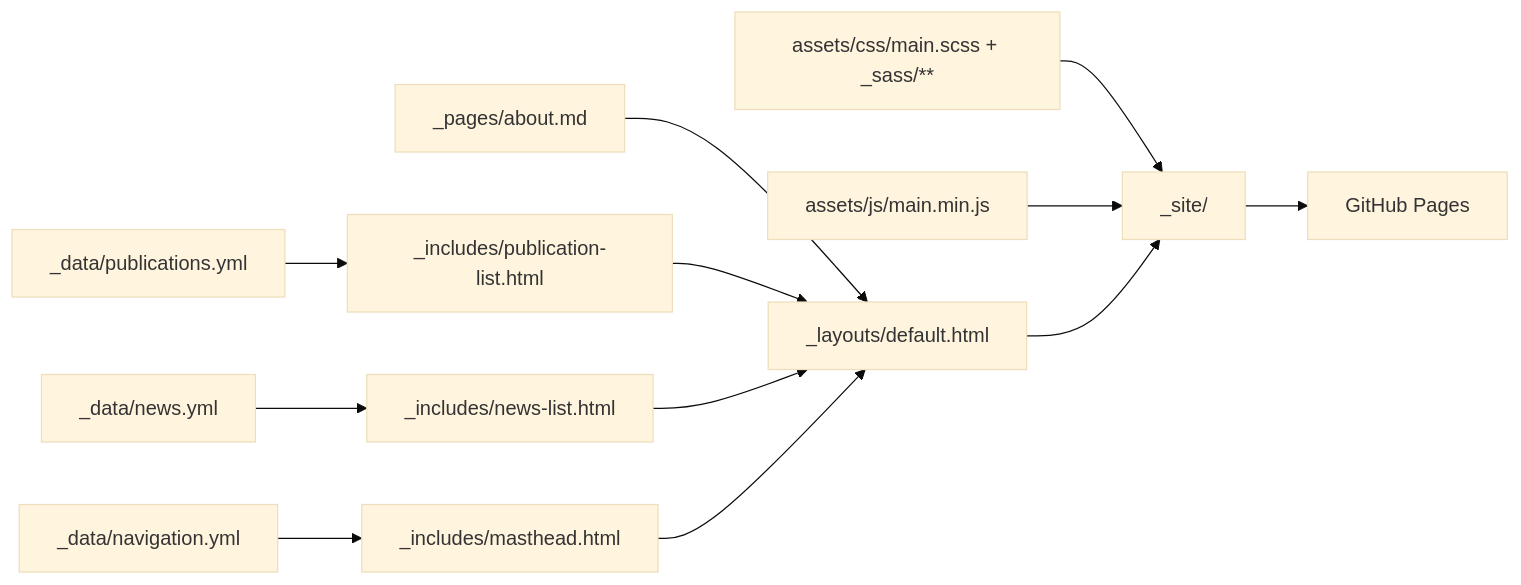
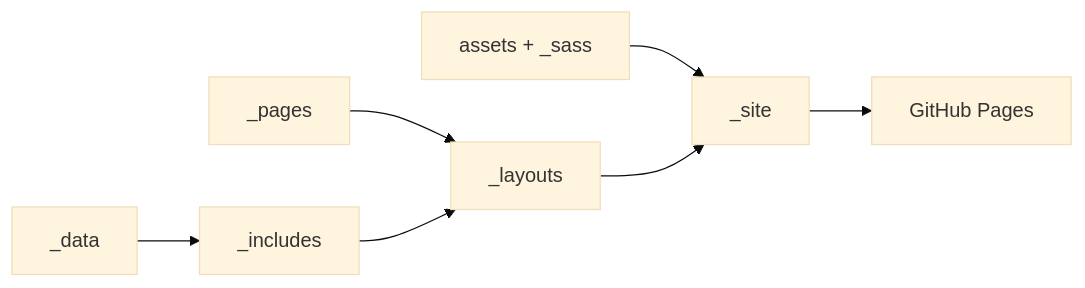
One commit to siyouguo/siyouguo.github.io changed the diagram in README.md. Above: the diagram before and after it, drawn with Mermaid (base theme). The commit also changed other lines of this file, not shown here.

````diff
--- a/README.md
+++ b/README.md
@@ -14,14 +11,9 @@
 ```mermaid
 flowchart LR
-    D1[_data/publications.yml] --> I[_includes/publication-list.html]
-    D2[_data/news.yml] --> I2[_includes/news-list.html]
-    D3[_data/navigation.yml] --> M[_includes/masthead.html]
-    P[_pages/about.md] --> L[_layouts/default.html]
+    D[_data] --> I[_includes]
+    P[_pages] --> L[_layouts]
     I --> L
-    I2 --> L
-    M --> L
-    S[assets/css/main.scss + _sass/**] --> O[_site/]
-    J[assets/js/main.min.js] --> O
+    S[assets + _sass] --> O[_site]
     L --> O
     O --> GH[GitHub Pages]
 ```
````
